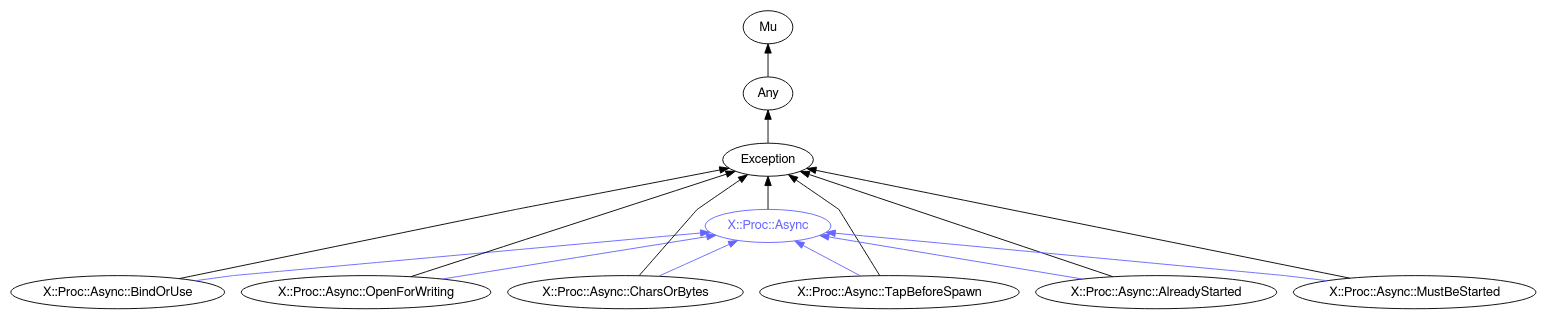
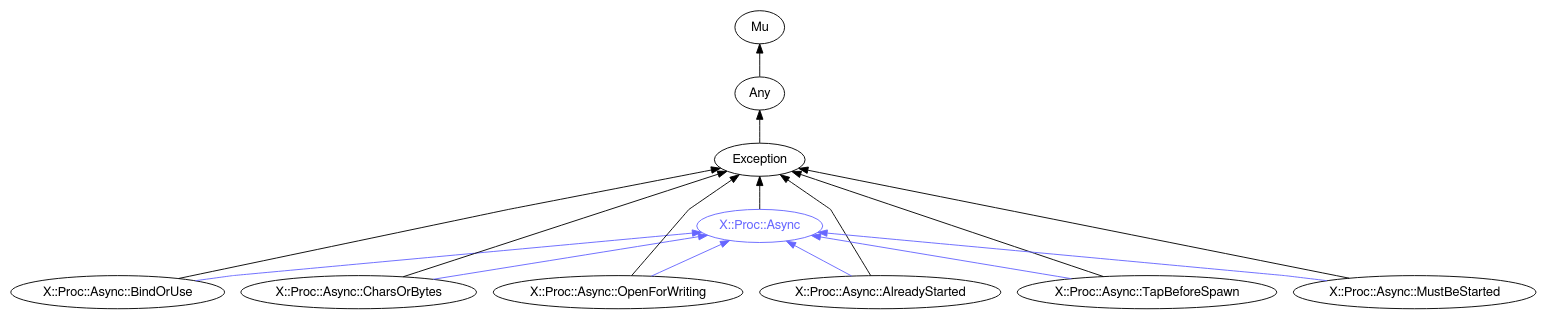
Before and after one commit to rakudocs/rakudocs.github.io: the diagram in images/type-graph-X::Proc::Async.svg.dot, drawn with Graphviz. The commit also changed other lines of this file and 450 other files, not shown here.

```diff
--- a/images/type-graph-X::Proc::Async.svg.dot
+++ b/images/type-graph-X::Proc::Async.svg.dot
@@ -1,35 +1,35 @@
 digraph "perl6-type-graph" {
     rankdir=BT;
     splines=polyline;
     overlap=false; 
     // Types
     "X::Proc::Async" [color="#6666FF", fontcolor="#6666FF", href="/type/X::Proc::Async", fontname="FreeSans"];
     "Mu" [color="#000000", fontcolor="#000000", href="/type/Mu", fontname="FreeSans"];
     "Any" [color="#000000", fontcolor="#000000", href="/type/Any", fontname="FreeSans"];
     "Exception" [color="#000000", fontcolor="#000000", href="/type/Exception", fontname="FreeSans"];
     "X::Proc::Async::BindOrUse" [color="#000000", fontcolor="#000000", href="/type/X::Proc::Async::BindOrUse", fontname="FreeSans"];
+    "X::Proc::Async::CharsOrBytes" [color="#000000", fontcolor="#000000", href="/type/X::Proc::Async::CharsOrBytes", fontname="FreeSans"];
     "X::Proc::Async::OpenForWriting" [color="#000000", fontcolor="#000000", href="/type/X::Proc::Async::OpenForWriting", fontname="FreeSans"];
-    "X::Proc::Async::CharsOrBytes" [color="#000000", fontcolor="#000000", href="/type/X::Proc::Async::CharsOrBytes", fontname="FreeSans"];
+    "X::Proc::Async::AlreadyStarted" [color="#000000", fontcolor="#000000", href="/type/X::Proc::Async::AlreadyStarted", fontname="FreeSans"];
     "X::Proc::Async::TapBeforeSpawn" [color="#000000", fontcolor="#000000", href="/type/X::Proc::Async::TapBeforeSpawn", fontname="FreeSans"];
-    "X::Proc::Async::AlreadyStarted" [color="#000000", fontcolor="#000000", href="/type/X::Proc::Async::AlreadyStarted", fontname="FreeSans"];
     "X::Proc::Async::MustBeStarted" [color="#000000", fontcolor="#000000", href="/type/X::Proc::Async::MustBeStarted", fontname="FreeSans"];
 
     // Superclasses
     "X::Proc::Async" -> "Exception" [color="#000000"];
     "Any" -> "Mu" [color="#000000"];
     "Exception" -> "Any" [color="#000000"];
     "X::Proc::Async::BindOrUse" -> "Exception" [color="#000000"];
+    "X::Proc::Async::CharsOrBytes" -> "Exception" [color="#000000"];
     "X::Proc::Async::OpenForWriting" -> "Exception" [color="#000000"];
-    "X::Proc::Async::CharsOrBytes" -> "Exception" [color="#000000"];
+    "X::Proc::Async::AlreadyStarted" -> "Exception" [color="#000000"];
     "X::Proc::Async::TapBeforeSpawn" -> "Exception" [color="#000000"];
-    "X::Proc::Async::AlreadyStarted" -> "Exception" [color="#000000"];
     "X::Proc::Async::MustBeStarted" -> "Exception" [color="#000000"];
 
     // Roles
     "X::Proc::Async::BindOrUse" -> "X::Proc::Async" [color="#6666FF"];
+    "X::Proc::Async::CharsOrBytes" -> "X::Proc::Async" [color="#6666FF"];
     "X::Proc::Async::OpenForWriting" -> "X::Proc::Async" [color="#6666FF"];
-    "X::Proc::Async::CharsOrBytes" -> "X::Proc::Async" [color="#6666FF"];
+    "X::Proc::Async::AlreadyStarted" -> "X::Proc::Async" [color="#6666FF"];
     "X::Proc::Async::TapBeforeSpawn" -> "X::Proc::Async" [color="#6666FF"];
-    "X::Proc::Async::AlreadyStarted" -> "X::Proc::Async" [color="#6666FF"];
     "X::Proc::Async::MustBeStarted" -> "X::Proc::Async" [color="#6666FF"];
 }
```
